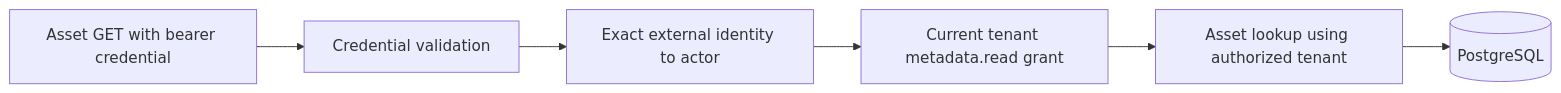
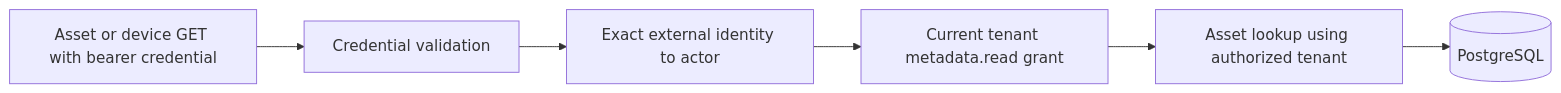
The second of 5 diagrams in docs/architecture/README.md (stanimirivanov/fleetiq-platform), drawn with Mermaid before and after one commit. The commit also changed other lines of this file and 15 other files, not shown here.

````diff
--- a/docs/architecture/README.md
+++ b/docs/architecture/README.md
@@ -42,11 +43,11 @@
 ```mermaid
 flowchart LR
-    Request[Asset GET with bearer credential]
+    Request[Asset or device GET with bearer credential]
     Validator[Credential validation]
     Resolver[Exact external identity to actor]
     Policy[Current tenant metadata.read grant]
     Service[Asset lookup using authorized tenant]
     Store[(PostgreSQL)]
 
     Request --> Validator --> Resolver --> Policy --> Service --> Store
 ```
````
